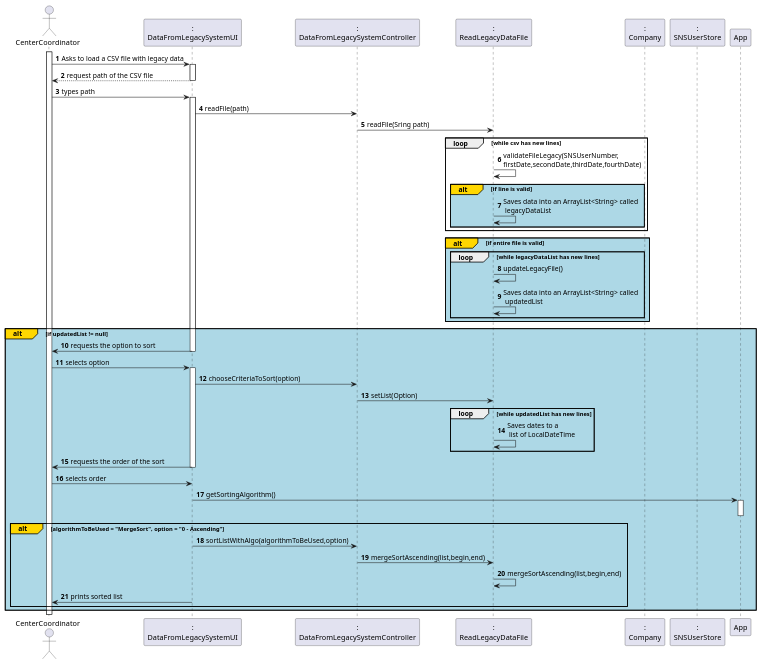
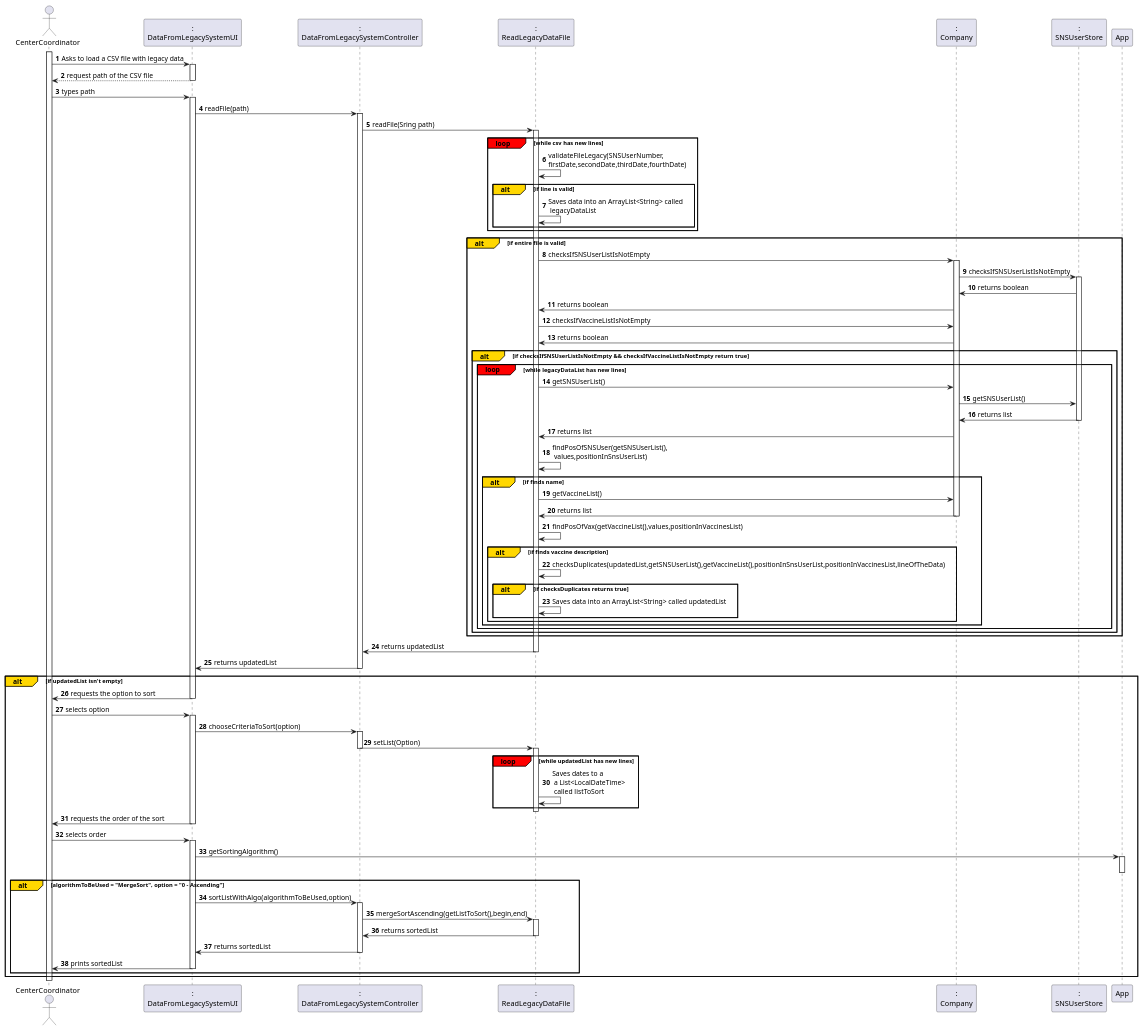
One commit to Pirussa/lei-22-s2-1da-g02 changed the diagram in docs/SprintD/US017/US017_SD.puml. Above: the diagram before and after it, drawn with PlantUML. The commit also changed 1 other file, not shown here.

```diff
--- a/docs/SprintD/US017/US017_SD.puml
+++ b/docs/SprintD/US017/US017_SD.puml
@@ -3,66 +3,120 @@
 @startuml
 
 autonumber
 actor "CenterCoordinator" as CC
 participant ":\nDataFromLegacySystemUI" as UI
 participant ":\nDataFromLegacySystemController" as CTRL
 participant ":\nReadLegacyDataFile" as RDLF
 participant ":\nCompany" as Comp
 participant ":\nSNSUserStore" as SNSStore
 participant "App" as App
 
 
 activate CC
 CC -> UI : Asks to load a CSV file with legacy data
 activate UI
 
 
 
 UI --> CC : request path of the CSV file
 deactivate UI
 
 CC -> UI : types path
 activate UI
+
 UI -> CTRL : readFile(path)
+
+activate CTRL
 CTRL -> RDLF : readFile(Sring path)
-loop while csv has new lines
+
+activate RDLF
+loop#Red while csv has new lines
 RDLF -> RDLF : validateFileLegacy(SNSUserNumber,\nfirstDate,secondDate,thirdDate,fourthDate)
-alt#Gold #LightBlue if line is valid
+alt#Gold if line is valid
 RDLF -> RDLF : Saves data into an ArrayList<String> called\n legacyDataList
 end alt
 end loop
 
-alt#Gold #LightBlue if entire file is valid
+alt#Gold  if entire file is valid
 
-loop while legacyDataList has new lines
-RDLF -> RDLF : updateLegacyFile()
-RDLF -> RDLF : Saves data into an ArrayList<String> called\n updatedList
+RDLF -> Comp : checksIfSNSUserListIsNotEmpty
+activate Comp
+Comp -> SNSStore : checksIfSNSUserListIsNotEmpty
+activate SNSStore
+SNSStore -> Comp : returns boolean
+Comp -> RDLF : returns boolean
+RDLF -> Comp : checksIfVaccineListIsNotEmpty
+Comp -> RDLF : returns boolean
+alt#Gold  if checksIfSNSUserListIsNotEmpty && checksIfVaccineListIsNotEmpty return true
+loop#Red while legacyDataList has new lines
+RDLF -> Comp : getSNSUserList()
+Comp -> SNSStore : getSNSUserList()
+SNSStore -> Comp : returns list
+deactivate SNSStore
+Comp -> RDLF : returns list
+RDLF -> RDLF : findPosOfSNSUser(getSNSUserList(),\n values,positionInSnsUserList)
+alt#Gold  if finds name
+RDLF -> Comp : getVaccineList()
+
+Comp -> RDLF : returns list
+
+deactivate Comp
+RDLF -> RDLF : findPosOfVax(getVaccineList(),values,positionInVaccinesList)
+alt#Gold  if finds vaccine description
+RDLF -> RDLF : checksDuplicates(updatedList,getSNSUserList(),getVaccineList(),positionInSnsUserList,positionInVaccinesList,lineOfTheData)
+alt#Gold if checksDuplicates returns true
+RDLF -> RDLF : Saves data into an ArrayList<String> called updatedList
 end loop
 end alt#Gold
-alt#Gold #LightBlue if updatedList != null
+end alt#Gold
+end alt#Gold
+end alt#Gold
+end alt#Gold
+RDLF -> CTRL : returns updatedList
+deactivate RDLF
+CTRL -> UI : returns updatedList
+alt#Gold if updatedList isn't empty
+deactivate CTRL
 UI -> CC : requests the option to sort
+
+
 deactivate UI
 CC -> UI : selects option
 activate UI
+
 UI -> CTRL : chooseCriteriaToSort(option)
+activate CTRL
 CTRL -> RDLF : setList(Option)
-loop while updatedList has new lines
-RDLF -> RDLF : Saves dates to a \n list of LocalDateTime
+deactivate CTRL
+activate RDLF
+loop#Red while updatedList has new lines
+RDLF -> RDLF : Saves dates to a \n a List<LocalDateTime> \n called listToSort
 end loop
+deactivate RDLF
 UI -> CC: requests the order of the sort
 deactivate UI
+
 CC -> UI: selects order
+activate UI
+
 UI -> App : getSortingAlgorithm()
 activate App
 deactivate App
 alt#Gold algorithmToBeUsed = "MergeSort", option = "0 - Ascending"
 UI -> CTRL: sortListWithAlgo(algorithmToBeUsed,option)
-CTRL -> RDLF : mergeSortAscending(list,begin,end)
-RDLF -> RDLF : mergeSortAscending(list,begin,end)
-UI -> CC : prints sorted list
+activate CTRL
+
+CTRL -> RDLF : mergeSortAscending(getListToSort(),begin,end)
+activate RDLF
+RDLF -> CTRL : returns sortedList
+deactivate RDLF
+CTRL -> UI : returns sortedList
+deactivate CTRL
+UI -> CC : prints sortedList
+deactivate UI
 end alt
 
 
 
 end
 @enduml
```
